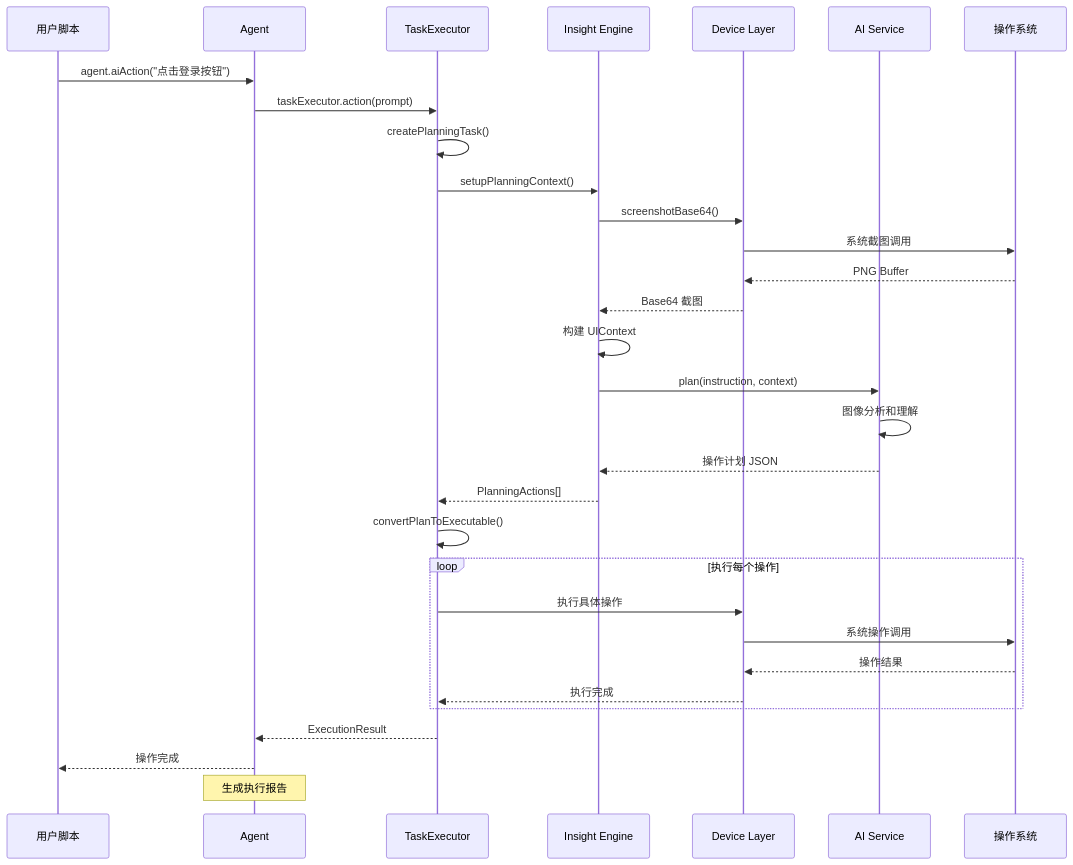
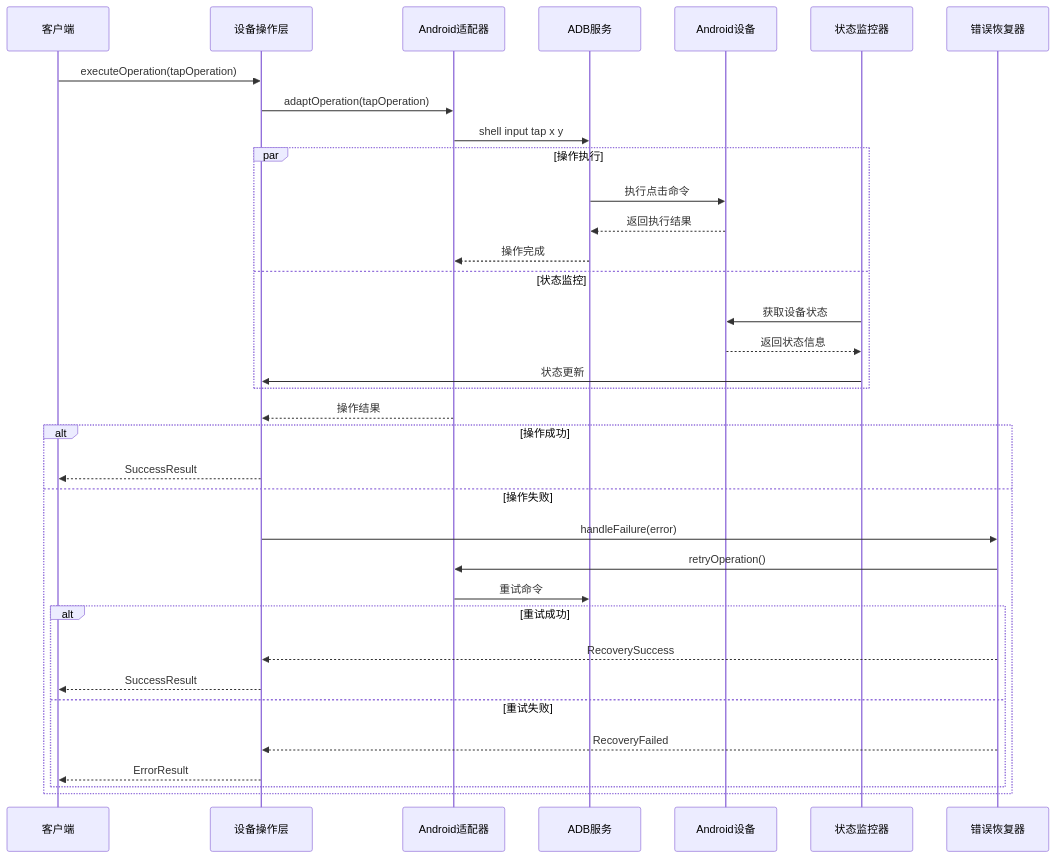
Before and after one commit to zhuozp/AI-UI-: the tenth of 31 diagrams in README.md, drawn with Mermaid. The commit also changed other lines of this file, not shown here.

````diff
--- a/README.md
+++ b/README.md
@@ -424,42 +1412,41 @@
 ```mermaid
 sequenceDiagram
-    participant User as 用户脚本
-    participant Agent as Agent
-    participant TaskExec as TaskExecutor
-    participant Insight as Insight Engine
-    participant Device as Device Layer
-    participant AI as AI Service
-    participant OS as 操作系统
+    participant Client as 客户端
+    participant DeviceLayer as 设备操作层
+    participant AndroidAdapter as Android适配器
+    participant ADB as ADB服务
+    participant Device as Android设备
+    participant Monitor as 状态监控器
+    participant Recovery as 错误恢复器
     
-    User->>Agent: agent.aiAction("点击登录按钮")
+    Client->>DeviceLayer: executeOperation(tapOperation)
+    DeviceLayer->>AndroidAdapter: adaptOperation(tapOperation)
+    AndroidAdapter->>ADB: shell input tap x y
     
-    Agent->>TaskExec: taskExecutor.action(prompt)
-    TaskExec->>TaskExec: createPlanningTask()
-    TaskExec->>Insight: setupPlanningContext()
-    
-    Insight->>Device: screenshotBase64()
-    Device->>OS: 系统截图调用
-    OS-->>Device: PNG Buffer
-    Device-->>Insight: Base64 截图
-    
-    Insight->>Insight: 构建 UIContext
-    Insight->>AI: plan(instruction, context)
-    
-    AI->>AI: 图像分析和理解
-    AI-->>Insight: 操作计划 JSON
-    
-    Insight-->>TaskExec: PlanningActions[]
-    TaskExec->>TaskExec: convertPlanToExecutable()
-    
-    loop 执行每个操作
-        TaskExec->>Device: 执行具体操作
-        Device->>OS: 系统操作调用
-        OS-->>Device: 操作结果
-        Device-->>TaskExec: 执行完成
+    par 操作执行
+        ADB->>Device: 执行点击命令
+        Device-->>ADB: 返回执行结果
+        ADB-->>AndroidAdapter: 操作完成
+    and 状态监控
+        Monitor->>Device: 获取设备状态
+        Device-->>Monitor: 返回状态信息
+        Monitor->>DeviceLayer: 状态更新
     end
     
-    TaskExec-->>Agent: ExecutionResult
-    Agent-->>User: 操作完成
+    AndroidAdapter-->>DeviceLayer: 操作结果
     
-    Note over Agent: 生成执行报告
+    alt 操作成功
+        DeviceLayer-->>Client: SuccessResult
+    else 操作失败
+        DeviceLayer->>Recovery: handleFailure(error)
+        Recovery->>AndroidAdapter: retryOperation()
+        AndroidAdapter->>ADB: 重试命令
+        alt 重试成功
+            Recovery-->>DeviceLayer: RecoverySuccess
+            DeviceLayer-->>Client: SuccessResult
+        else 重试失败
+            Recovery-->>DeviceLayer: RecoveryFailed
+            DeviceLayer-->>Client: ErrorResult
+        end
+    end
 ```
````
